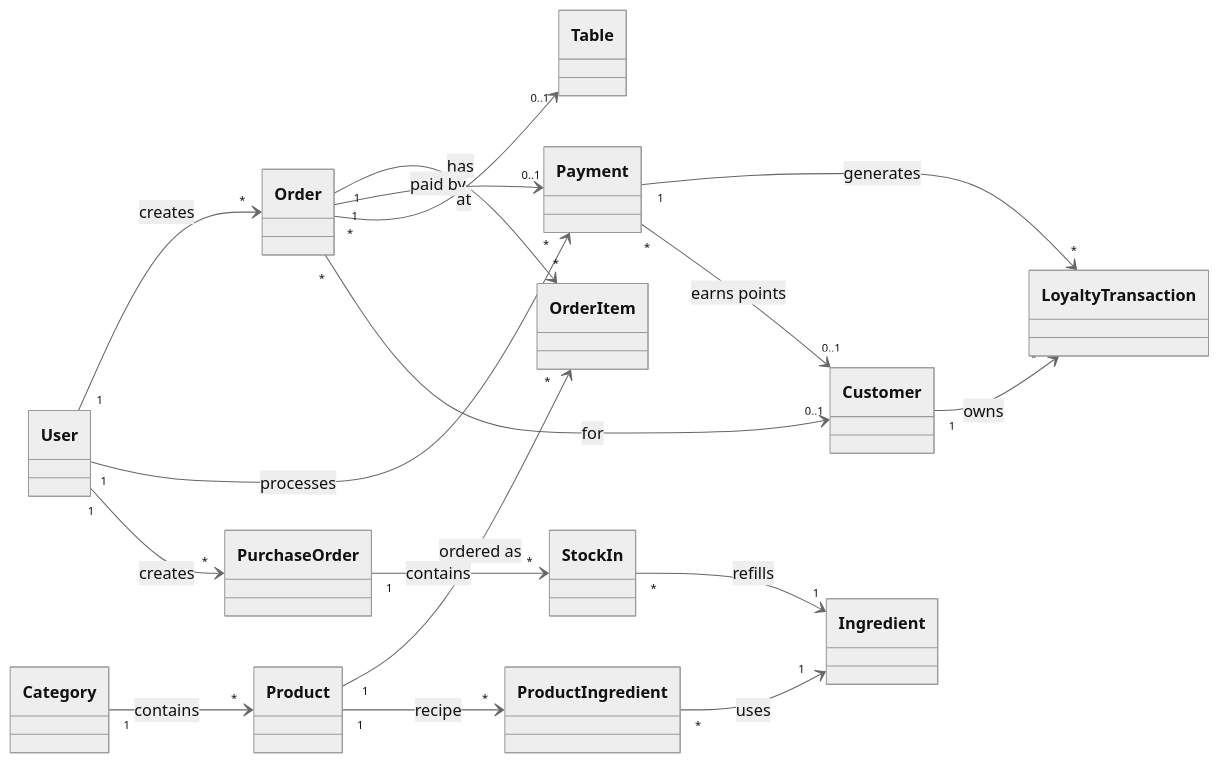
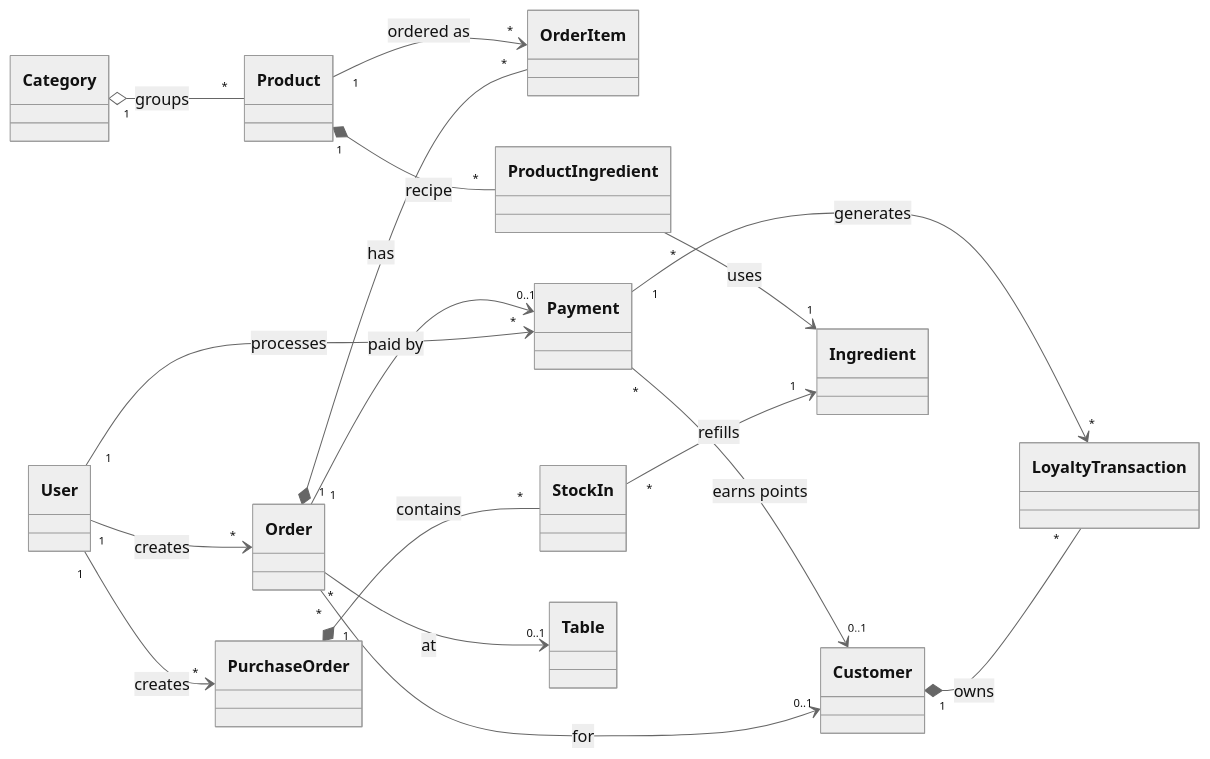
One commit to callmehai/Cafe-Shop-Management-System changed diagram 17 of 17 in docs/class-diagrams.md. Above: the diagram before and after it, drawn with Mermaid (neutral theme). The commit also changed other lines of this file, not shown here.

First line of the commit message:
docs: fix class diagram relationship arrow types

````diff
--- a/docs/class-diagrams.md
+++ b/docs/class-diagrams.md
@@ -953,28 +969,26 @@
 ```mermaid
 classDiagram
     direction LR
 
+    %% Composition (filled diamond) — part is deleted with the whole
+    Order "1" *-- "*" OrderItem : has
+    Product "1" *-- "*" ProductIngredient : recipe
+    PurchaseOrder "1" *-- "*" StockIn : contains
+    Customer "1" *-- "*" LoyaltyTransaction : owns
+
+    %% Aggregation (hollow diamond) — part lives independently
+    Category "1" o-- "*" Product : groups
+
+    %% Association (arrow) — reference
     User "1" --> "*" Order : creates
     User "1" --> "*" Payment : processes
     User "1" --> "*" PurchaseOrder : creates
-
-    Category "1" --> "*" Product : contains
-
     Product "1" --> "*" OrderItem : ordered as
-    Product "1" --> "*" ProductIngredient : recipe
-
-    Order "1" --> "*" OrderItem : has
     Order "1" --> "0..1" Payment : paid by
     Order "*" --> "0..1" Table : at
     Order "*" --> "0..1" Customer : for
-
     Payment "1" --> "*" LoyaltyTransaction : generates
     Payment "*" --> "0..1" Customer : earns points
-
-    Customer "1" --> "*" LoyaltyTransaction : owns
-
-    PurchaseOrder "1" --> "*" StockIn : contains
-
     StockIn "*" --> "1" Ingredient : refills
     ProductIngredient "*" --> "1" Ingredient : uses
 ```
````
